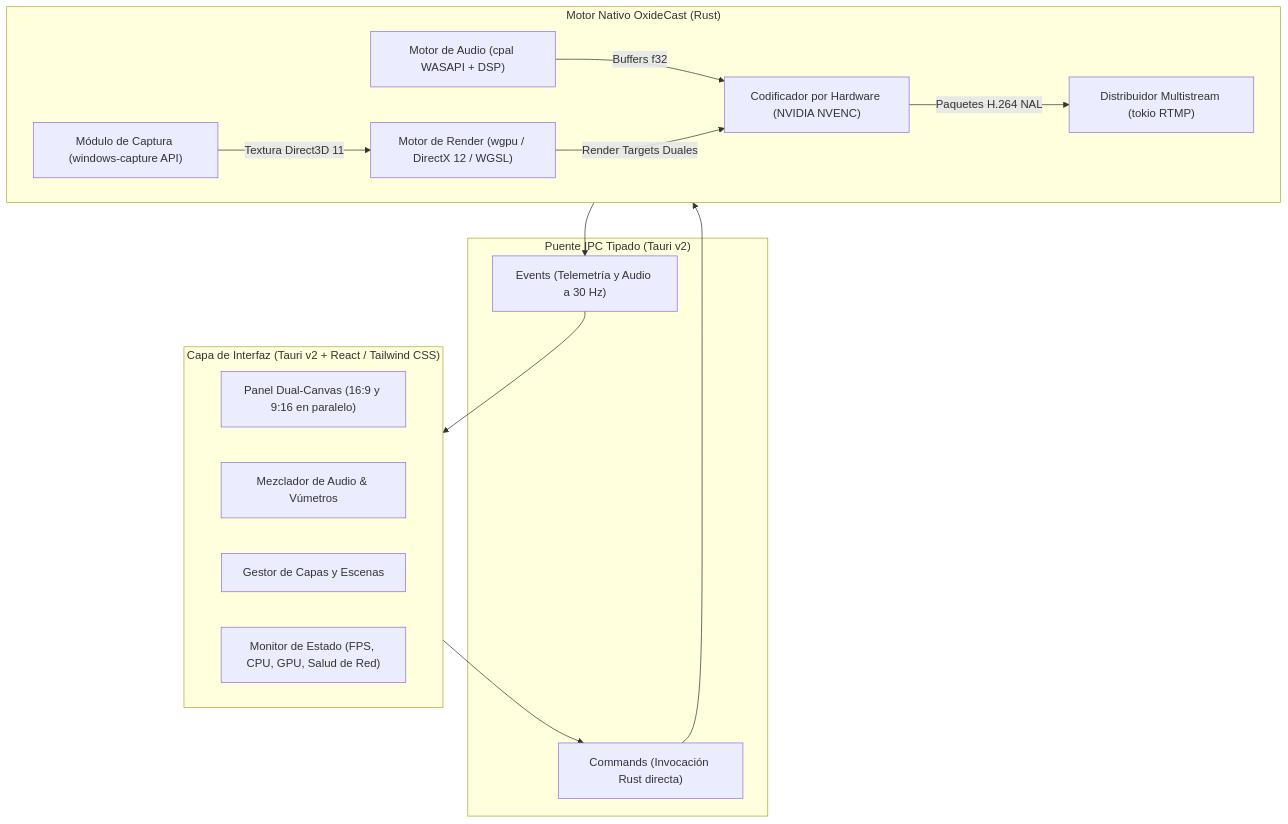
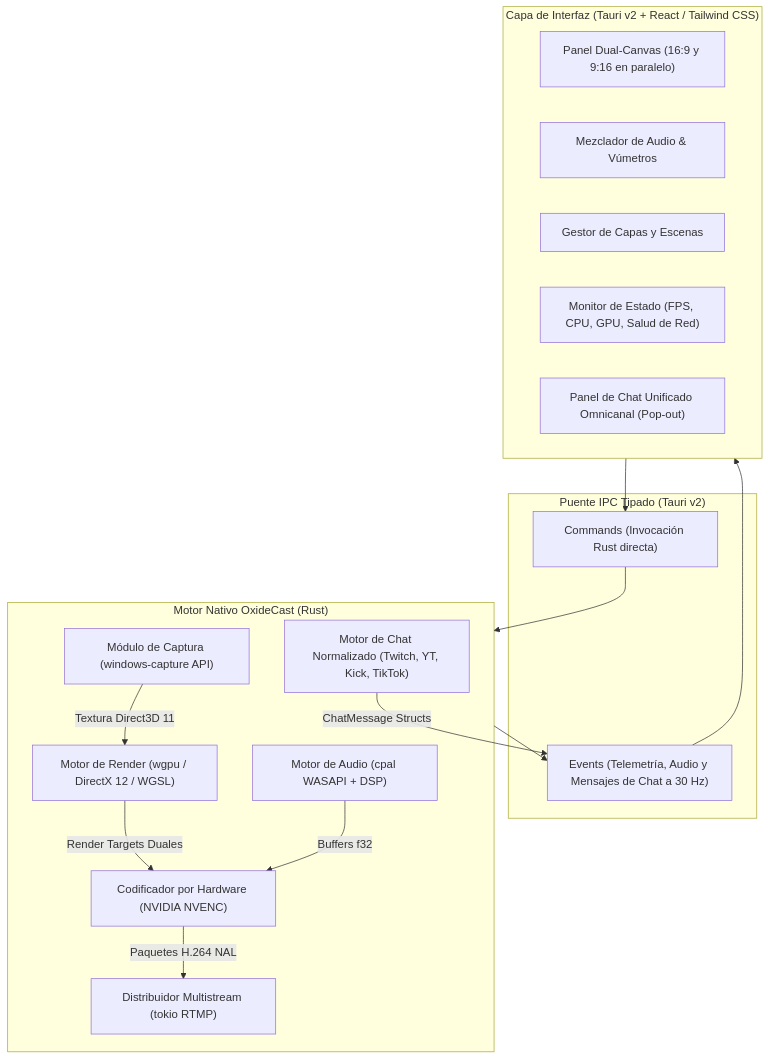
Before and after one commit to yogui-dev/oxidecast: the diagram in docs/superpowers/specs/2026-11-23-oxidecast-design.md, drawn with Mermaid. The commit also changed other lines of this file and 6 other files, not shown here.

Commit message:
docs(spec): incorporar subsistema de chat unificado omnicanal

````diff
--- a/docs/superpowers/specs/2026-11-23-oxidecast-design.md
+++ b/docs/superpowers/specs/2026-11-23-oxidecast-design.md
@@ -26,32 +26,35 @@
 ```mermaid
 graph TD
     subgraph UI ["Capa de Interfaz (Tauri v2 + React / Tailwind CSS)"]
         DC["Panel Dual-Canvas (16:9 y 9:16 en paralelo)"]
         MIX["Mezclador de Audio & Vúmetros"]
         SCENE["Gestor de Capas y Escenas"]
         STATUS["Monitor de Estado (FPS, CPU, GPU, Salud de Red)"]
+        CHAT_UI["Panel de Chat Unificado Omnicanal (Pop-out)"]
     end
 
     subgraph IPC ["Puente IPC Tipado (Tauri v2)"]
         CMD["Commands (Invocación Rust directa)"]
-        EVT["Events (Telemetría y Audio a 30 Hz)"]
+        EVT["Events (Telemetría, Audio y Mensajes de Chat a 30 Hz)"]
     end
 
     subgraph Core ["Motor Nativo OxideCast (Rust)"]
         CAP["Módulo de Captura (windows-capture API)"]
         GFX["Motor de Render (wgpu / DirectX 12 / WGSL)"]
         AUD["Motor de Audio (cpal WASAPI + DSP)"]
         ENC["Codificador por Hardware (NVIDIA NVENC)"]
         NET["Distribuidor Multistream (tokio RTMP)"]
+        CHAT_CORE["Motor de Chat Normalizado (Twitch, YT, Kick, TikTok)"]
     end
 
     UI --> CMD
     CMD --> Core
     Core --> EVT
     EVT --> UI
 
     CAP -->|Textura Direct3D 11| GFX
     AUD -->|Buffers f32| ENC
     GFX -->|Render Targets Duales| ENC
     ENC -->|Paquetes H.264 NAL| NET
+    CHAT_CORE -->|ChatMessage Structs| EVT
 ```
````
